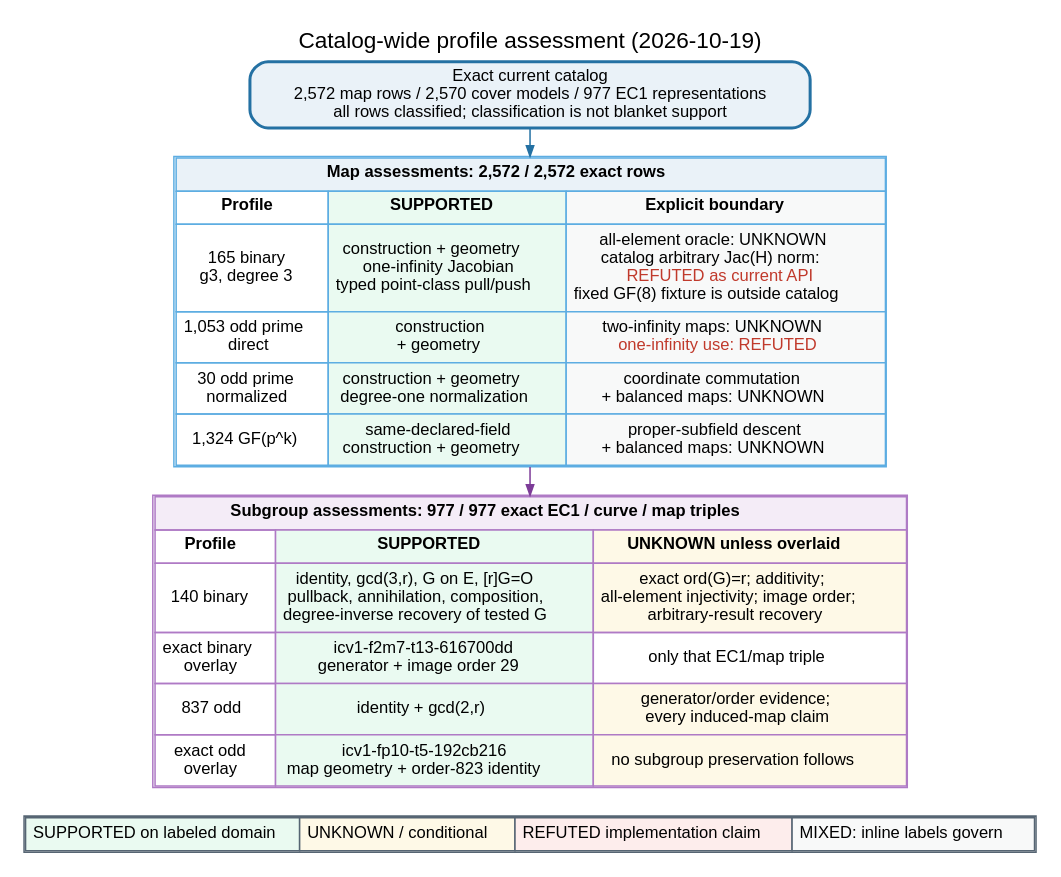
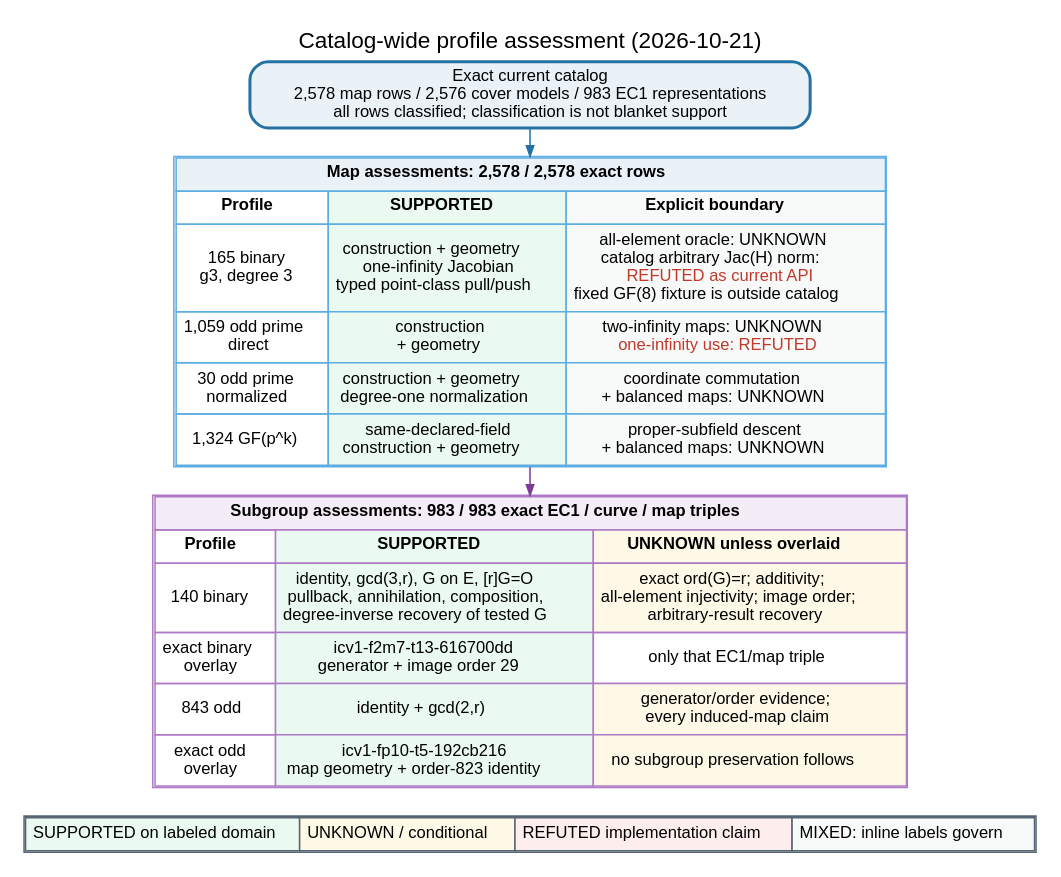
Before and after one commit to isogeny-labs/crypto: the diagram in research/cover_transfer_assessment_20261013/typed_correspondence.dot, drawn with Graphviz. The commit also changed 16 other files, not shown here.

Commit message:
Align twist study evidence with validation and cover gates

```diff
--- a/research/cover_transfer_assessment_20261013/typed_correspondence.dot
+++ b/research/cover_transfer_assessment_20261013/typed_correspondence.dot
@@ -1,64 +1,64 @@
-// cover-transfer-assessments/v2; catalog_maps=2572; unique_cover_models=2570; geometry_verified_maps=2572; ec1_representations=977; assessed_maps=2572; unassessed_maps=0; assessed_subgroups=977; unassessed_subgroups=0
+// cover-transfer-assessments/v2; catalog_maps=2578; unique_cover_models=2576; geometry_verified_maps=2578; ec1_representations=983; assessed_maps=2578; unassessed_maps=0; assessed_subgroups=983; unassessed_subgroups=0
 digraph cover_transfer_assessment {
   graph [
     rankdir=TB,
     bgcolor="white",
     pad="0.12",
     nodesep="0.20",
     ranksep="0.26",
     fontname="Helvetica",
     fontsize=15,
     labelloc="t",
-    label="Catalog-wide profile assessment (2026-10-19)"
+    label="Catalog-wide profile assessment (2026-10-21)"
   ];
   node [shape=box, style="rounded,filled", fillcolor="white", color="#34495e", fontname="Helvetica", fontsize=11];
   edge [fontname="Helvetica", fontsize=9, color="#34495e", arrowsize=0.7];
 
   catalog [
-    label="Exact current catalog\n2,572 map rows / 2,570 cover models / 977 EC1 representations\nall rows classified; classification is not blanket support",
+    label="Exact current catalog\n2,578 map rows / 2,576 cover models / 983 EC1 representations\nall rows classified; classification is not blanket support",
     fillcolor="#eaf2f8",
     color="#2471a3",
     penwidth=2
   ];
 
   maps [
     shape=plain,
     label=<
       <TABLE BORDER="1" CELLBORDER="1" CELLSPACING="0" CELLPADDING="4" COLOR="#5dade2">
-        <TR><TD COLSPAN="3" BGCOLOR="#eaf2f8"><B>Map assessments: 2,572 / 2,572 exact rows</B></TD></TR>
+        <TR><TD COLSPAN="3" BGCOLOR="#eaf2f8"><B>Map assessments: 2,578 / 2,578 exact rows</B></TD></TR>
         <TR><TD><B>Profile</B></TD><TD BGCOLOR="#eafaf1"><B>SUPPORTED</B></TD><TD BGCOLOR="#f8f9f9"><B>Explicit boundary</B></TD></TR>
         <TR><TD>165 binary<BR/>g3, degree 3</TD><TD BGCOLOR="#eafaf1">construction + geometry<BR/>one-infinity Jacobian<BR/>typed point-class pull/push</TD><TD BGCOLOR="#f8f9f9">all-element oracle: UNKNOWN<BR/>catalog arbitrary Jac(H) norm:<BR/><FONT COLOR="#c0392b">REFUTED as current API</FONT><BR/>fixed GF(8) fixture is outside catalog</TD></TR>
-        <TR><TD>1,053 odd prime<BR/>direct</TD><TD BGCOLOR="#eafaf1">construction<BR/>+ geometry</TD><TD BGCOLOR="#f8f9f9">two-infinity maps: UNKNOWN<BR/><FONT COLOR="#c0392b">one-infinity use: REFUTED</FONT></TD></TR>
+        <TR><TD>1,059 odd prime<BR/>direct</TD><TD BGCOLOR="#eafaf1">construction<BR/>+ geometry</TD><TD BGCOLOR="#f8f9f9">two-infinity maps: UNKNOWN<BR/><FONT COLOR="#c0392b">one-infinity use: REFUTED</FONT></TD></TR>
         <TR><TD>30 odd prime<BR/>normalized</TD><TD BGCOLOR="#eafaf1">construction + geometry<BR/>degree-one normalization</TD><TD BGCOLOR="#f8f9f9">coordinate commutation<BR/>+ balanced maps: UNKNOWN</TD></TR>
         <TR><TD>1,324 GF(p^k)</TD><TD BGCOLOR="#eafaf1">same-declared-field<BR/>construction + geometry</TD><TD BGCOLOR="#f8f9f9">proper-subfield descent<BR/>+ balanced maps: UNKNOWN</TD></TR>
       </TABLE>
     >
   ];
 
   subgroups [
     shape=plain,
     label=<
       <TABLE BORDER="1" CELLBORDER="1" CELLSPACING="0" CELLPADDING="4" COLOR="#af7ac5">
-        <TR><TD COLSPAN="3" BGCOLOR="#f4ecf7"><B>Subgroup assessments: 977 / 977 exact EC1 / curve / map triples</B></TD></TR>
+        <TR><TD COLSPAN="3" BGCOLOR="#f4ecf7"><B>Subgroup assessments: 983 / 983 exact EC1 / curve / map triples</B></TD></TR>
         <TR><TD><B>Profile</B></TD><TD BGCOLOR="#eafaf1"><B>SUPPORTED</B></TD><TD BGCOLOR="#fef9e7"><B>UNKNOWN unless overlaid</B></TD></TR>
         <TR><TD>140 binary</TD><TD BGCOLOR="#eafaf1">identity, gcd(3,r), G on E, [r]G=O<BR/>pullback, annihilation, composition,<BR/>degree-inverse recovery of tested G</TD><TD BGCOLOR="#fef9e7">exact ord(G)=r; additivity;<BR/>all-element injectivity; image order;<BR/>arbitrary-result recovery</TD></TR>
         <TR><TD>exact binary<BR/>overlay</TD><TD BGCOLOR="#eafaf1">icv1-f2m7-t13-616700dd<BR/>generator + image order 29</TD><TD>only that EC1/map triple</TD></TR>
-        <TR><TD>837 odd</TD><TD BGCOLOR="#eafaf1">identity + gcd(2,r)</TD><TD BGCOLOR="#fef9e7">generator/order evidence;<BR/>every induced-map claim</TD></TR>
+        <TR><TD>843 odd</TD><TD BGCOLOR="#eafaf1">identity + gcd(2,r)</TD><TD BGCOLOR="#fef9e7">generator/order evidence;<BR/>every induced-map claim</TD></TR>
         <TR><TD>exact odd<BR/>overlay</TD><TD BGCOLOR="#eafaf1">icv1-fp10-t5-192cb216<BR/>map geometry + order-823 identity</TD><TD BGCOLOR="#fef9e7">no subgroup preservation follows</TD></TR>
       </TABLE>
     >
   ];
 
   legend [
     shape=plain,
     label=<
       <TABLE BORDER="1" CELLBORDER="1" CELLSPACING="0" CELLPADDING="4" COLOR="#566573">
         <TR><TD BGCOLOR="#eafaf1">SUPPORTED on labeled domain</TD><TD BGCOLOR="#fef9e7">UNKNOWN / conditional</TD><TD BGCOLOR="#fdedec">REFUTED implementation claim</TD><TD BGCOLOR="#f8f9f9">MIXED: inline labels govern</TD></TR>
       </TABLE>
     >
   ];
 
   catalog -> maps [color="#2471a3"];
   maps -> subgroups [color="#7d3c98"];
   subgroups -> legend [style="invis", weight=80];
 }
```
